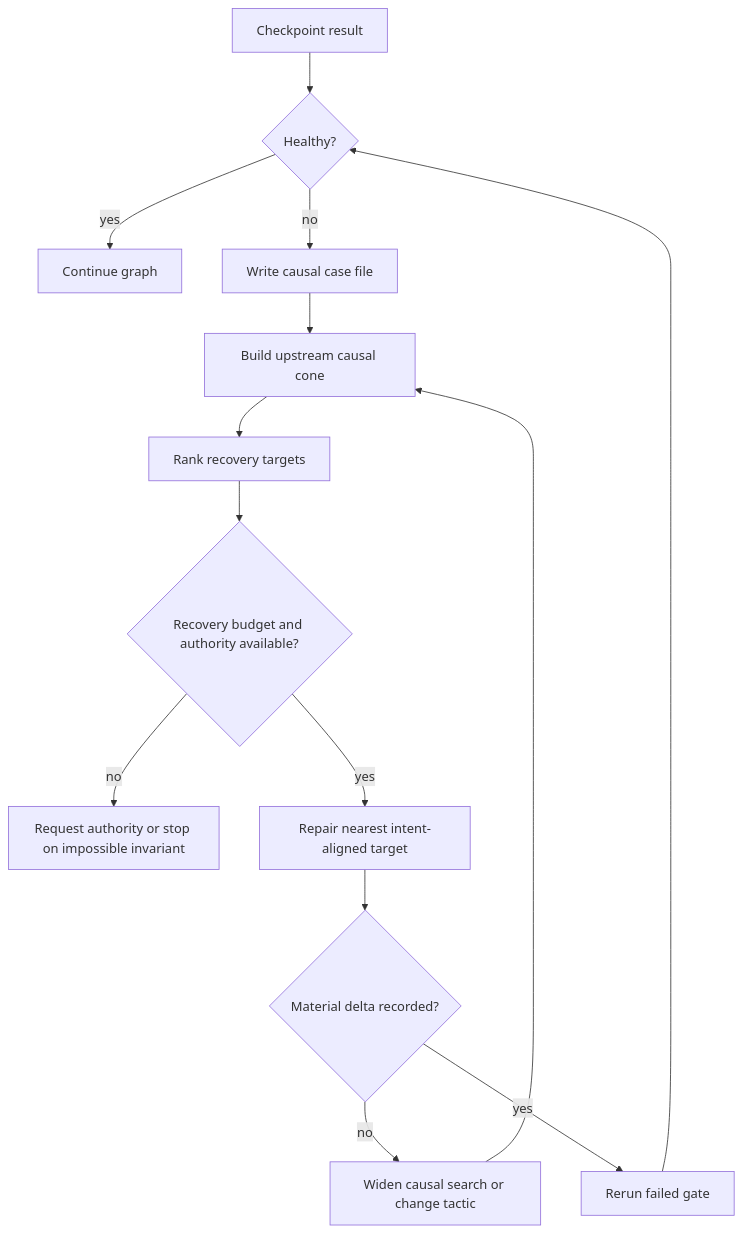
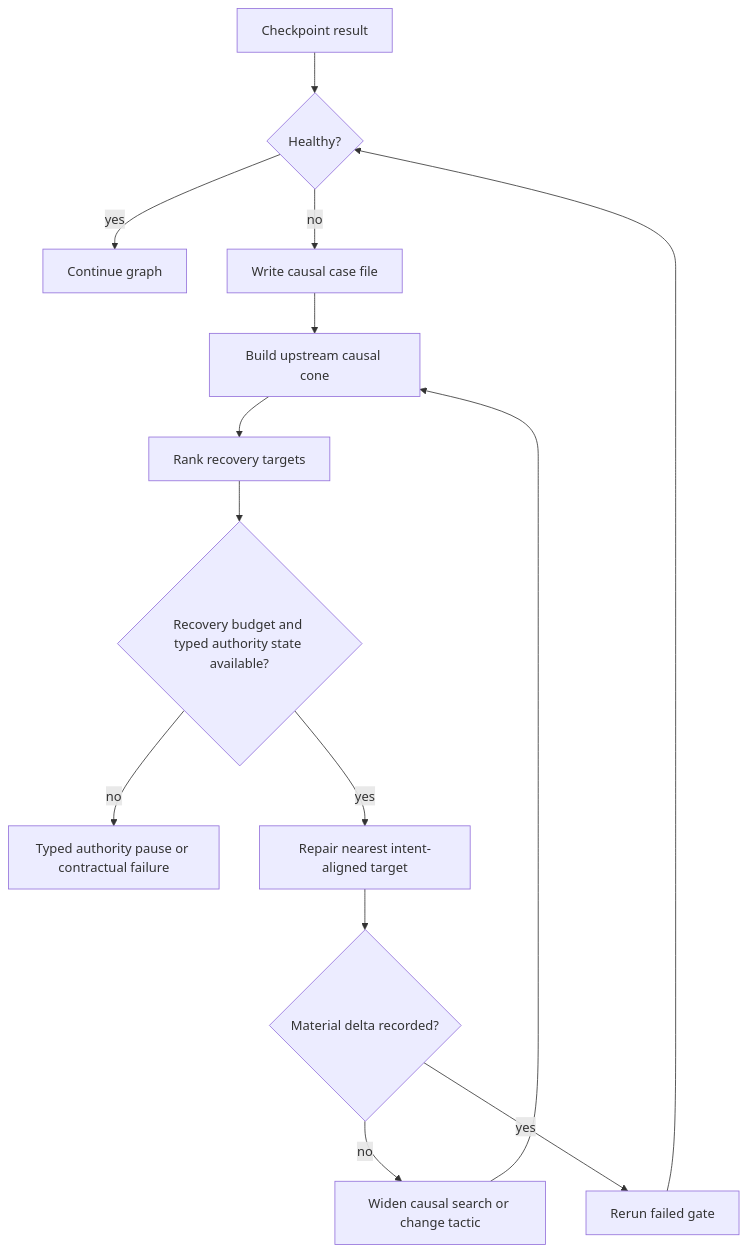
One commit to koji98/agentflow changed the third of 3 diagrams in docs/technical/runtime-lifecycle.md. Above: the diagram before and after it, drawn with Mermaid. The commit also changed other lines of this file and 104 other files, not shown here.

Commit message:
Add typed authority runtime artifacts

````diff
--- a/docs/technical/runtime-lifecycle.md
+++ b/docs/technical/runtime-lifecycle.md
@@ -103,16 +105,16 @@
 ```mermaid
 flowchart TD
   checkpointResult["Checkpoint result"] --> healthy{"Healthy?"}
   healthy -- yes --> continueGraph["Continue graph"]
   healthy -- no --> caseFile["Write causal case file"]
   caseFile --> cone["Build upstream causal cone"]
   cone --> target["Rank recovery targets"]
-  target --> budget{"Recovery budget and authority available?"}
-  budget -- no --> authority["Request authority or stop on impossible invariant"]
+  target --> budget{"Recovery budget and typed authority state available?"}
+  budget -- no --> authority["Typed authority pause or contractual failure"]
   budget -- yes --> repair["Repair nearest intent-aligned target"]
   repair --> delta{"Material delta recorded?"}
   delta -- no --> investigate["Widen causal search or change tactic"]
   investigate --> cone
   delta -- yes --> rerun["Rerun failed gate"]
   rerun --> healthy
 ```
````
